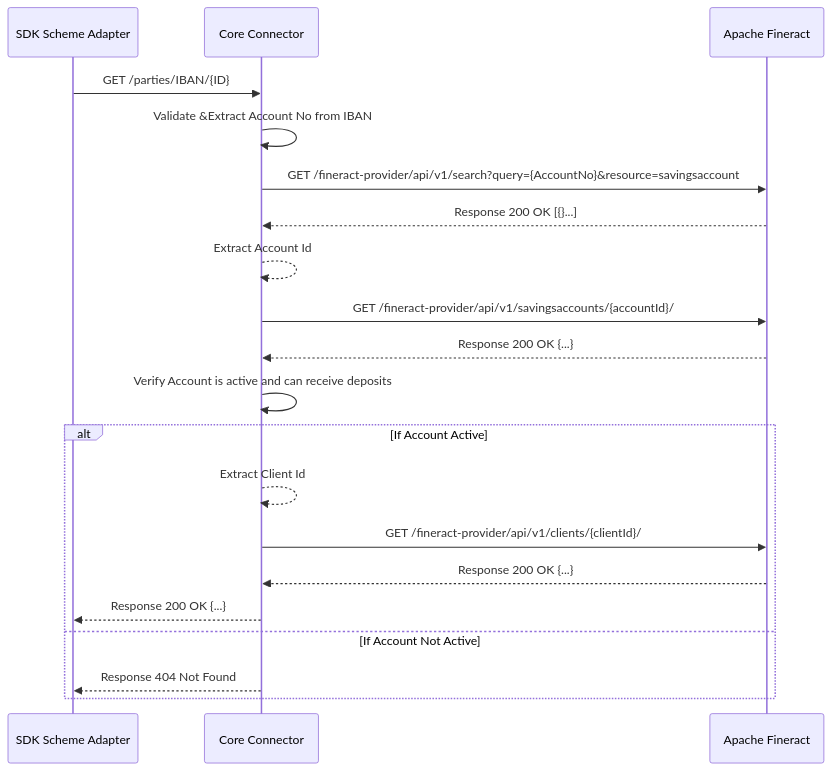
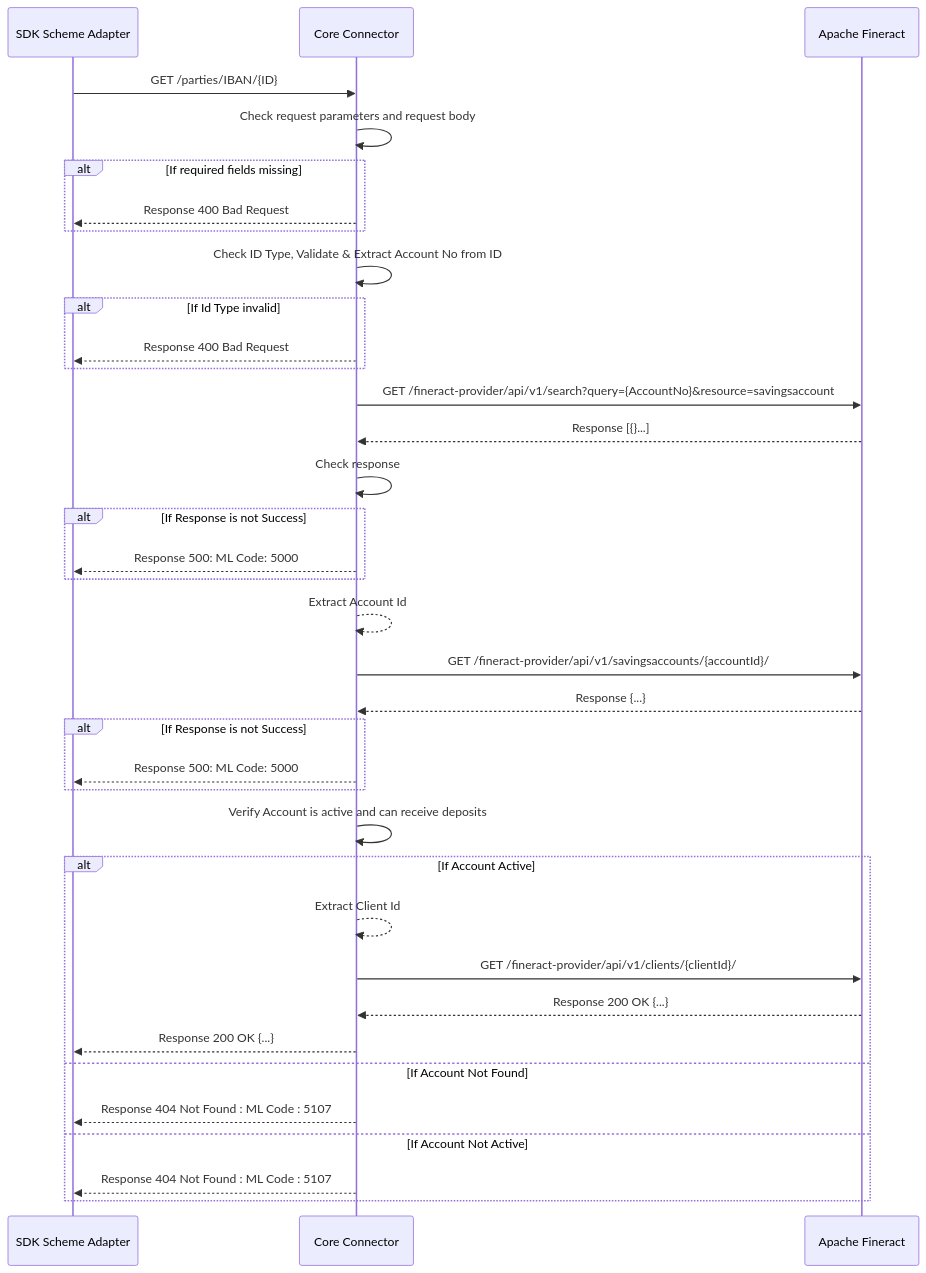
One commit to mojaloop/mifos-core-connector-docs changed the diagram in docs/PayeeGetParties.md. Above: the diagram before and after it, drawn with Mermaid.

````diff
--- a/docs/PayeeGetParties.md
+++ b/docs/PayeeGetParties.md
@@ -3,19 +3,35 @@
 ```mermaid
 sequenceDiagram
     SDK Scheme Adapter->>Core Connector: GET /parties/IBAN/{ID}
-    Core Connector->>Core Connector: Validate &Extract Account No from IBAN
+    Core Connector ->> Core Connector: Check request parameters and request body
+    Alt If required fields missing
+    Core Connector-->>SDK Scheme Adapter: Response 400 Bad Request
+    End
+    Core Connector->>Core Connector: Check ID Type, Validate & Extract Account No from ID
+    Alt If Id Type invalid
+    Core Connector-->>SDK Scheme Adapter: Response 400 Bad Request
+    End
     Core Connector->>Apache Fineract: GET /fineract-provider/api/v1/search?query={AccountNo}&resource=savingsaccount
-    Apache Fineract-->>Core Connector: Response 200 OK [{}...]
+    Apache Fineract-->>Core Connector: Response [{}...]
+    Core Connector ->> Core Connector: Check response
+    Alt If Response is not Success
+    Core Connector -->> SDK Scheme Adapter: Response 500: ML Code: 5000
+    End
     Core Connector-->>Core Connector: Extract Account Id
     Core Connector->>Apache Fineract: GET /fineract-provider/api/v1/savingsaccounts/{accountId}/
-    Apache Fineract-->>Core Connector: Response 200 OK {...}
+    Apache Fineract-->>Core Connector: Response {...}
+    Alt If Response is not Success
+    Core Connector -->> SDK Scheme Adapter: Response 500: ML Code: 5000
+    End
     Core Connector->>Core Connector: Verify Account is active and can receive deposits
     Alt If Account Active
     Core Connector-->>Core Connector: Extract Client Id
     Core Connector->>Apache Fineract: GET /fineract-provider/api/v1/clients/{clientId}/
     Apache Fineract-->>Core Connector: Response 200 OK {...}
     Core Connector-->>SDK Scheme Adapter: Response 200 OK {...}
+    Else If Account Not Found
+    Core Connector-->>SDK Scheme Adapter: Response 404 Not Found : ML Code : 5107
     Else If Account Not Active
-    Core Connector-->>SDK Scheme Adapter: Response 404 Not Found
+    Core Connector-->>SDK Scheme Adapter: Response 404 Not Found : ML Code : 5107
     End
 ```
````
